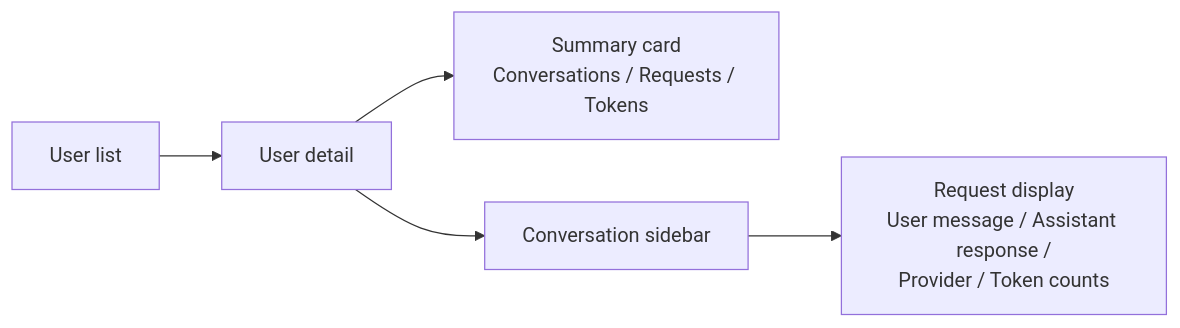
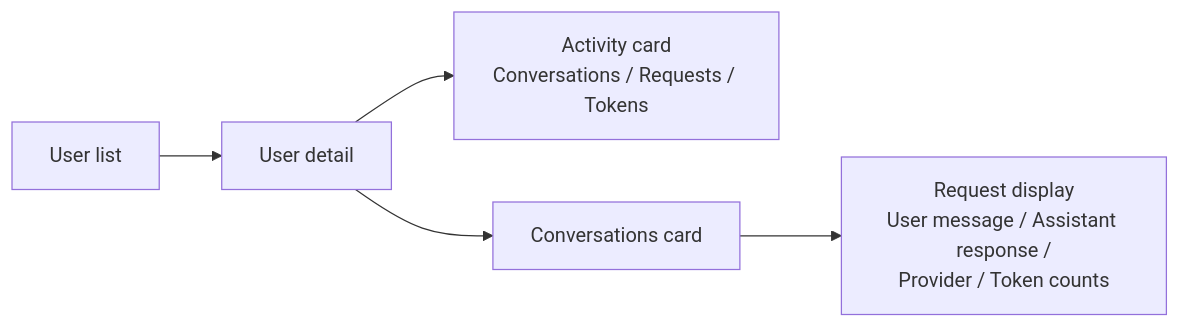
One commit to Uxopian/uxodocs changed the diagram in docs/uxopian-ai/admin/managing_users.md. Above: the diagram before and after it, drawn with Mermaid. The commit also changed other lines of this file and 35 other files, not shown here.

````diff
--- a/docs/uxopian-ai/admin/managing_users.md
+++ b/docs/uxopian-ai/admin/managing_users.md
@@ -39,7 +39,7 @@
 ```mermaid
 graph LR
     A[User list] --> B[User detail]
-    B --> C[Summary card<br/>Conversations / Requests / Tokens]
-    B --> D[Conversation sidebar]
+    B --> C[Activity card<br/>Conversations / Requests / Tokens]
+    B --> D[Conversations card]
     D --> E[Request display<br/>User message / Assistant response /<br/>Provider / Token counts]
 ```
````
